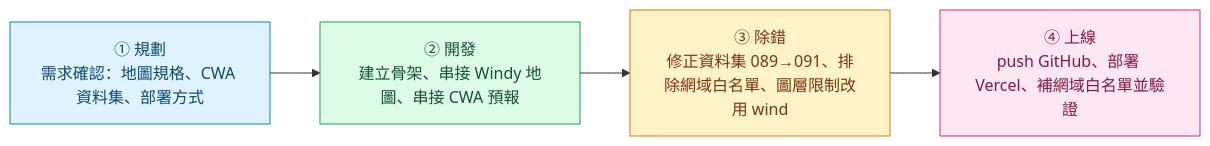
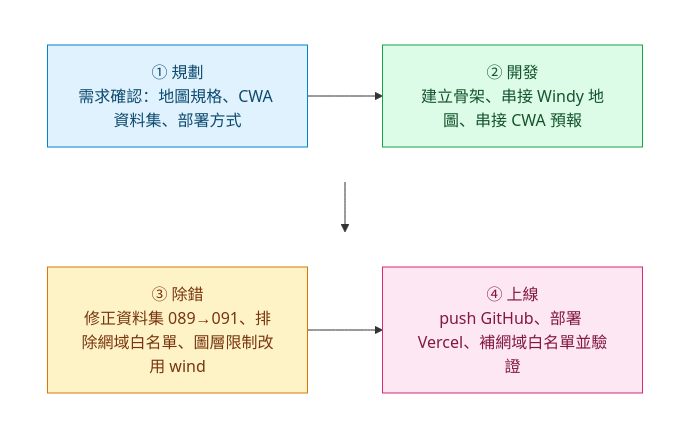
The diagram in README.md (royruan1019/global_weather), drawn with Mermaid before and after one commit.

Commit message:
Rearrange flowchart into a 2x2 grid to keep text legible
Full-width LR row still got scaled down by GitHub's mermaid renderer.
Two rows of two nodes halves the max width so text renders larger.

````diff
--- a/README.md
+++ b/README.md
@@ -9,18 +9,24 @@
 ```mermaid
-flowchart LR
-    A["① 規劃<br/>需求確認：地圖規格、CWA 資料集、部署方式"]
-    B["② 開發<br/>建立骨架、串接 Windy 地圖、串接 CWA 預報"]
-    C["③ 除錯<br/>修正資料集 089→091、排除網域白名單、圖層限制改用 wind"]
-    D["④ 上線<br/>push GitHub、部署 Vercel、補網域白名單並驗證"]
+flowchart TD
+    subgraph Row1[ ]
+        direction LR
+        A["① 規劃<br/>需求確認：地圖規格、CWA 資料集、部署方式"] --> B["② 開發<br/>建立骨架、串接 Windy 地圖、串接 CWA 預報"]
+    end
+    subgraph Row2[ ]
+        direction LR
+        C["③ 除錯<br/>修正資料集 089→091、排除網域白名單、圖層限制改用 wind"] --> D["④ 上線<br/>push GitHub、部署 Vercel、補網域白名單並驗證"]
+    end
+    B --> C
 
-    A --> B --> C --> D
+    style Row1 fill:none,stroke:none
+    style Row2 fill:none,stroke:none
 
     classDef plan fill:#e0f2fe,stroke:#0284c7,color:#0c4a6e
     classDef build fill:#dcfce7,stroke:#16a34a,color:#14532d
     classDef debug fill:#fef3c7,stroke:#d97706,color:#78350f
     classDef ship fill:#fce7f3,stroke:#db2777,color:#831843
     class A plan
     class B build
     class C debug
     class D ship
 ```
````
